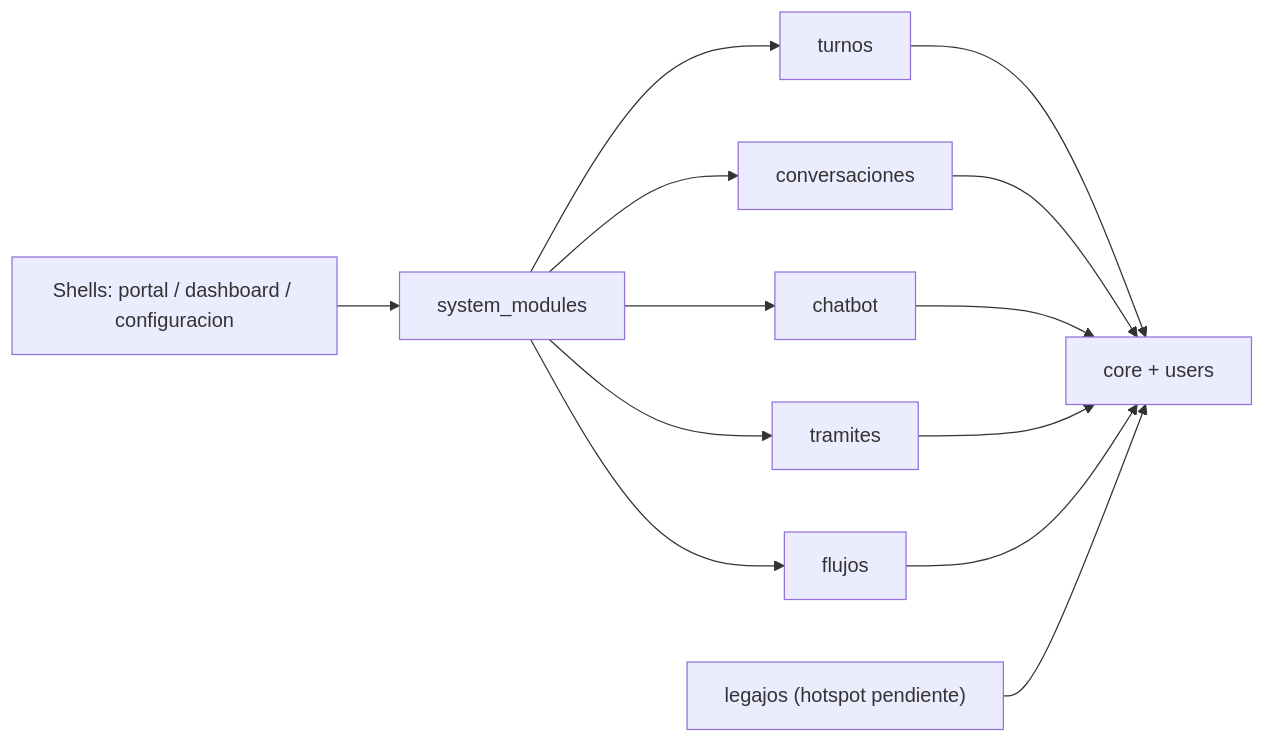
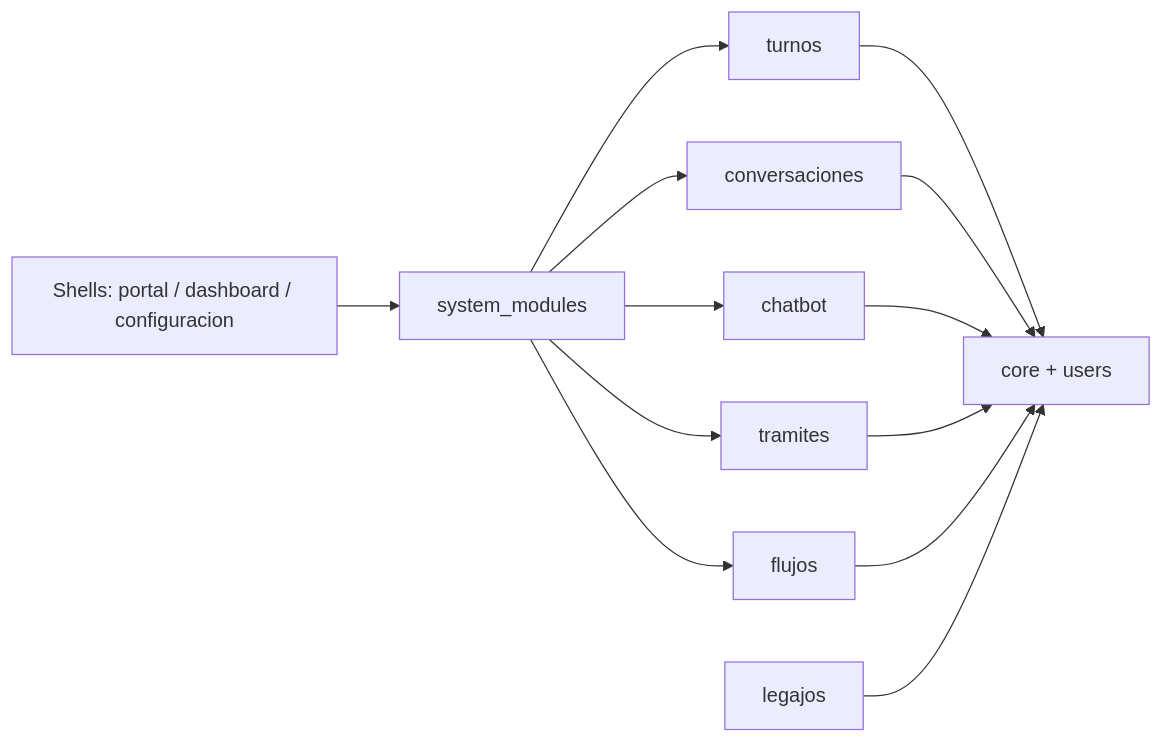
One commit to Mkdir-arg/SistemSo changed the first of 2 diagrams in README.md. Above: the diagram before and after it, drawn with Mermaid. The commit also changed other lines of this file and 307 other files, not shown here.

````diff
--- a/README.md
+++ b/README.md
@@ -15,15 +16,15 @@
 ```mermaid
 flowchart LR
   shell["Shells: portal / dashboard / configuracion"] --> registry["system_modules"]
   registry --> turnos["turnos"]
   registry --> conversaciones["conversaciones"]
   registry --> chatbot["chatbot"]
   registry --> tramites["tramites"]
   registry --> flujos["flujos"]
   turnos --> shared["core + users"]
   conversaciones --> shared
   chatbot --> shared
   tramites --> shared
   flujos --> shared
-  legajos["legajos (hotspot pendiente)"] --> shared
+  legajos["legajos"] --> shared
 ```
````
